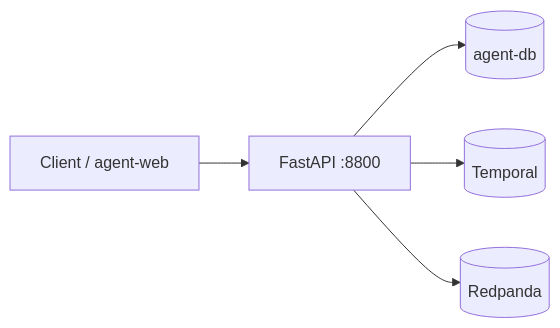
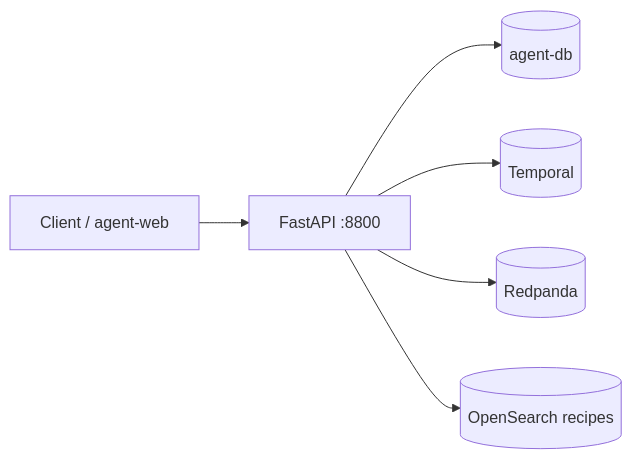
The first of 3 diagrams in README.md (agent-tracer/tracer-agent-python), drawn with Mermaid before and after one commit. The commit also changed other lines of this file and 3 other files, not shown here.

````diff
--- a/README.md
+++ b/README.md
@@ -20,7 +21,8 @@
 ```mermaid
 flowchart LR
     Client[Client / agent-web] --> API[FastAPI :8800]
     API --> AgentDB[(agent-db)]
     API --> Temporal[(Temporal)]
     API --> Kafka[(Redpanda)]
+    API --> Search[(OpenSearch recipes)]
 ```
````
